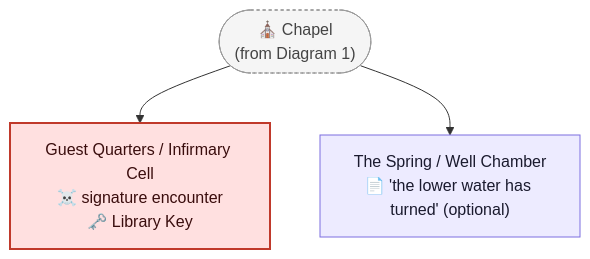
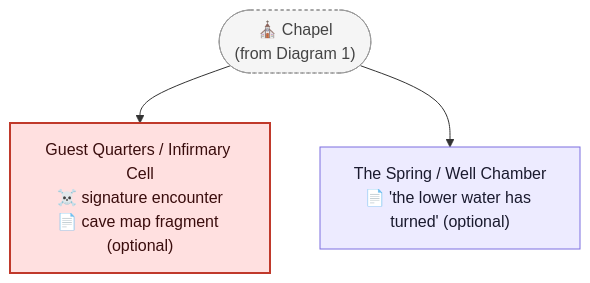
The second of 5 diagrams in DESIGN/Locations/Monastery.md (GIToez/Deadlock-Design), drawn with Mermaid before and after one commit. The commit also changed other lines of this file and 10 other files, not shown here.

Commit message:
Dialogue/pacing trim across all five scripts, add deliberate messiness beat, final consistency pass on Locations diagrams

````diff
--- a/DESIGN/Locations/Monastery.md
+++ b/DESIGN/Locations/Monastery.md
@@ -536,16 +536,16 @@
 ```mermaid
 flowchart TD
     CHAPELREF(["⛪ Chapel<br/>(from Diagram 1)"])
-    GUEST["Guest Quarters / Infirmary Cell<br/>☠️ signature encounter<br/>🗝️ Library Key"]
+    GUEST["Guest Quarters / Infirmary Cell<br/>☠️ signature encounter<br/>📄 cave map fragment (optional)"]
     SPRING["The Spring / Well Chamber<br/>📄 'the lower water has turned' (optional)"]
 
     CHAPELREF --> GUEST
     CHAPELREF --> SPRING
 
     classDef room fill:#EDEBFF,stroke:#7C6EE0,color:#1a1a2e
     classDef boss fill:#FFE0E0,stroke:#C0392B,color:#3a0d0d,stroke-width:2px
     classDef ref fill:#F5F5F5,stroke:#999999,color:#444444,stroke-dasharray:3 3
     class CHAPELREF ref
     class SPRING room
     class GUEST boss
 ```
````
